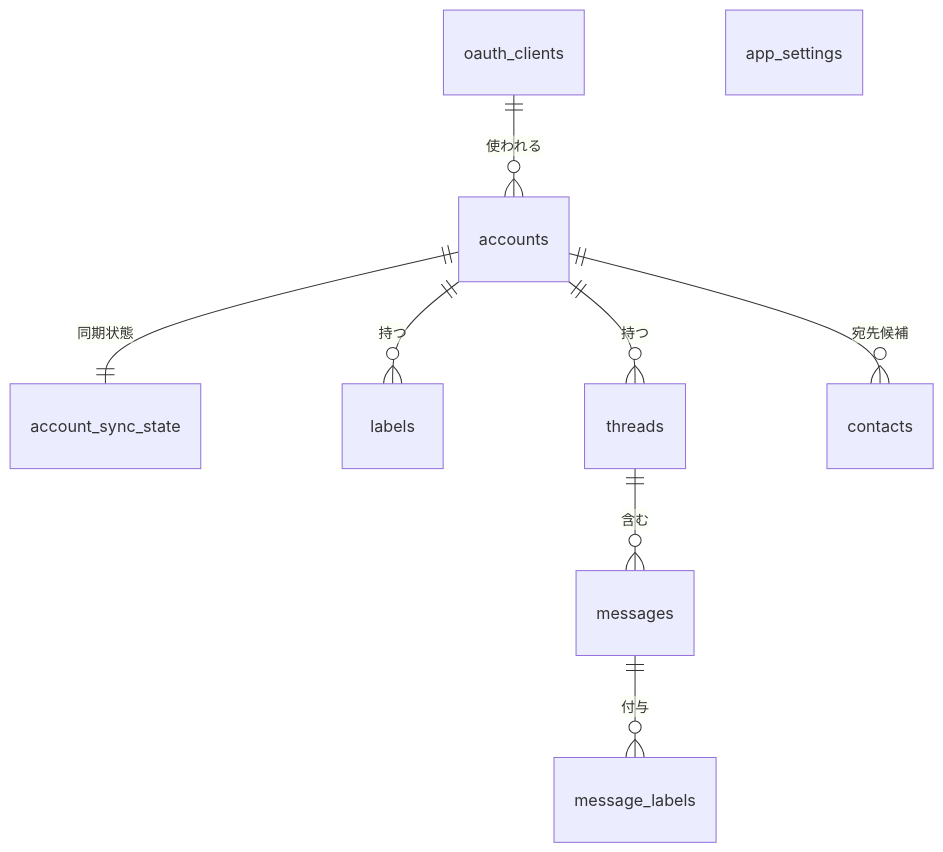
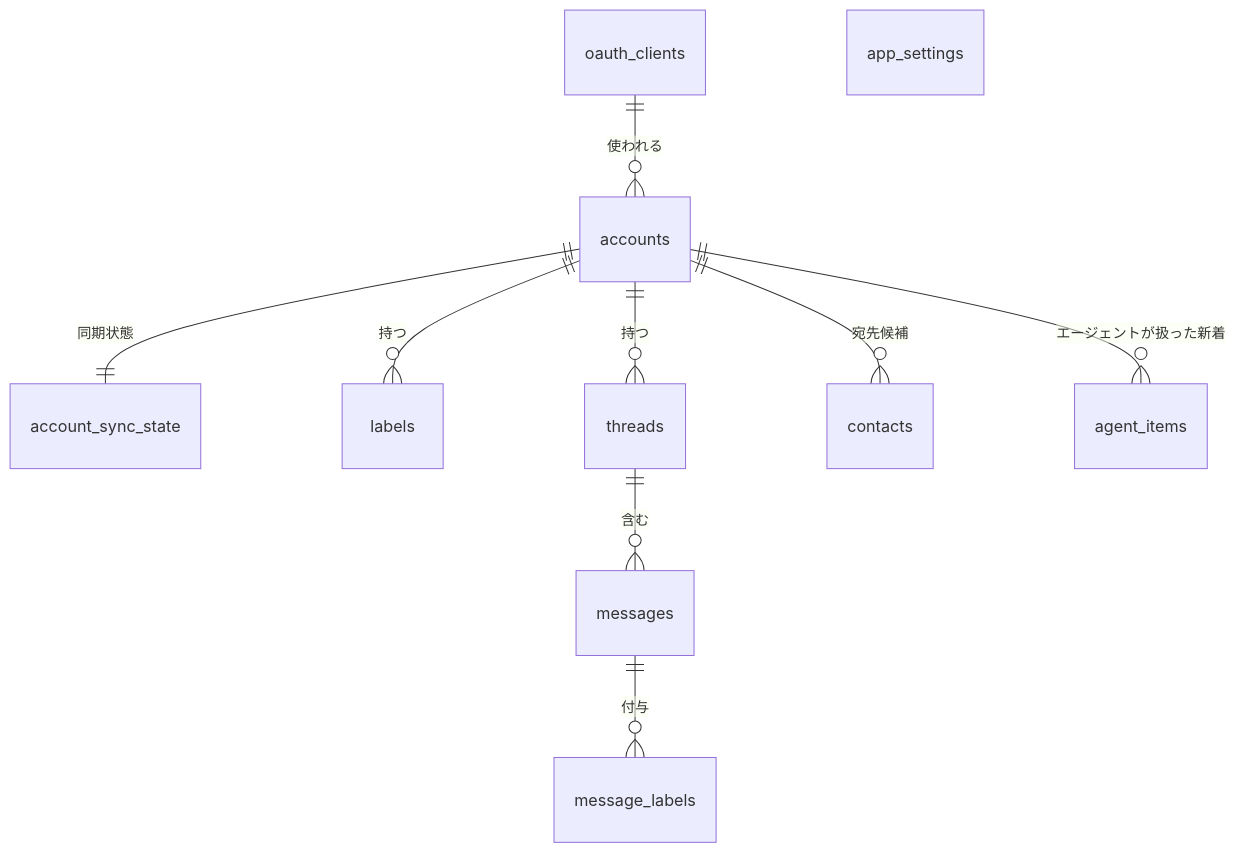
One commit to ousiassllc/hitomado changed the first of 11 diagrams in docs/architecture/er.md. Above: the diagram before and after it, drawn with Mermaid. The commit also changed other lines of this file and 8 other files, not shown here.

First line of the commit message:
docs: エージェントモード（F-20）・AgentService・agent_items・Android のマスコット案・Windows の確認手順

````diff
--- a/docs/architecture/er.md
+++ b/docs/architecture/er.md
@@ -27,11 +27,12 @@
 ```mermaid
 erDiagram
   oauth_clients ||--o{ accounts : "使われる"
   accounts ||--|| account_sync_state : "同期状態"
   accounts ||--o{ labels : "持つ"
   accounts ||--o{ threads : "持つ"
   accounts ||--o{ contacts : "宛先候補"
+  accounts ||--o{ agent_items : "エージェントが扱った新着"
   threads ||--o{ messages : "含む"
   messages ||--o{ message_labels : "付与"
   app_settings
 ```
````
